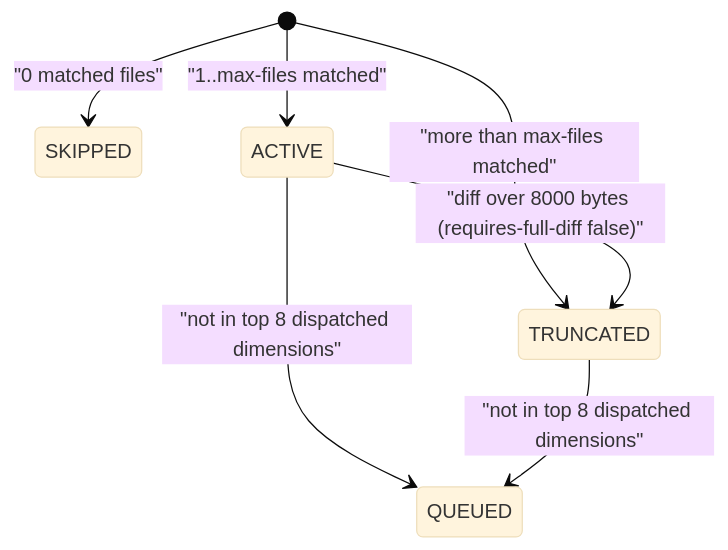
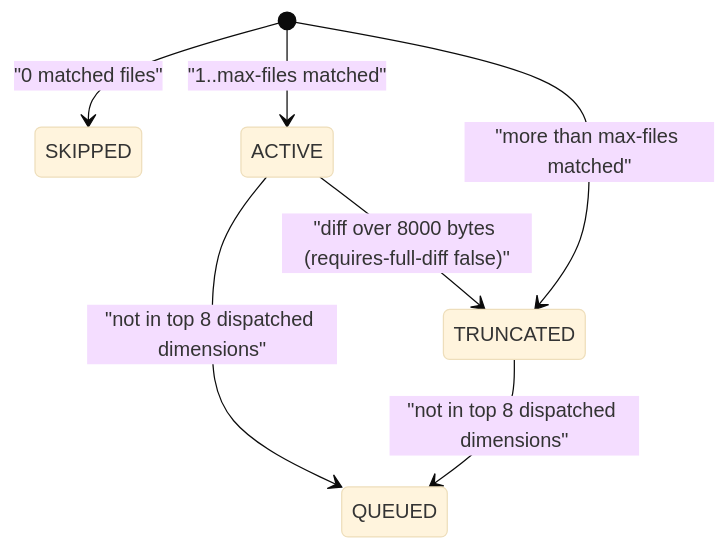
The diagram in openspec/specs/tool-review-prepare/spec.md (rnagrodzki/sdlc-plugin), drawn with Mermaid (base theme) before and after one commit. The commit also changed other lines of this file and 2 other files, not shown here.

First line of the commit message:
fix(review): write no diff or slice files for queued dimensions

````diff
--- a/openspec/specs/tool-review-prepare/spec.md
+++ b/openspec/specs/tool-review-prepare/spec.md
@@ -168,9 +168,9 @@
 ```mermaid
 stateDiagram-v2
     [*] --> SKIPPED: "0 matched files"
     [*] --> ACTIVE: "1..max-files matched"
     [*] --> TRUNCATED: "more than max-files matched"
-    ACTIVE --> TRUNCATED: "diff over 8000 bytes (requires-full-diff false)"
     ACTIVE --> QUEUED: "not in top 8 dispatched dimensions"
     TRUNCATED --> QUEUED: "not in top 8 dispatched dimensions"
+    ACTIVE --> TRUNCATED: "diff over 8000 bytes (requires-full-diff false)"
 ```
````
